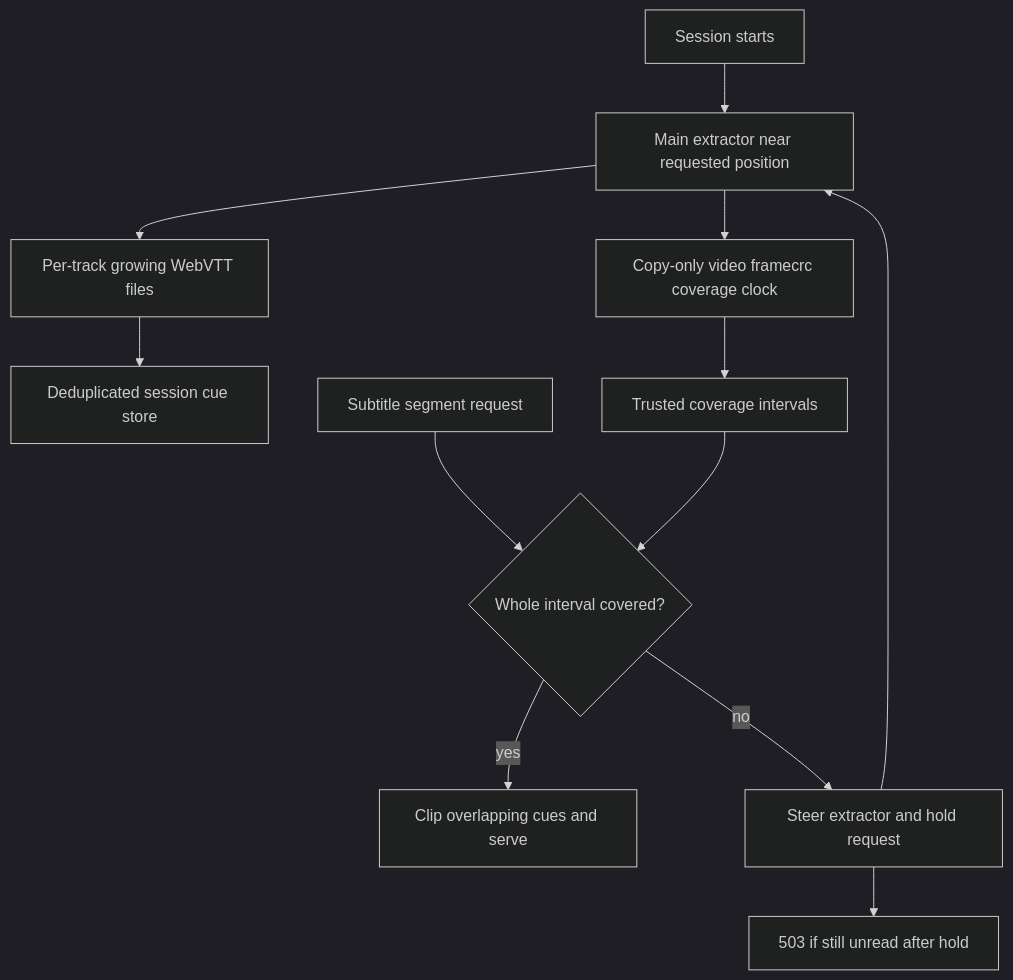
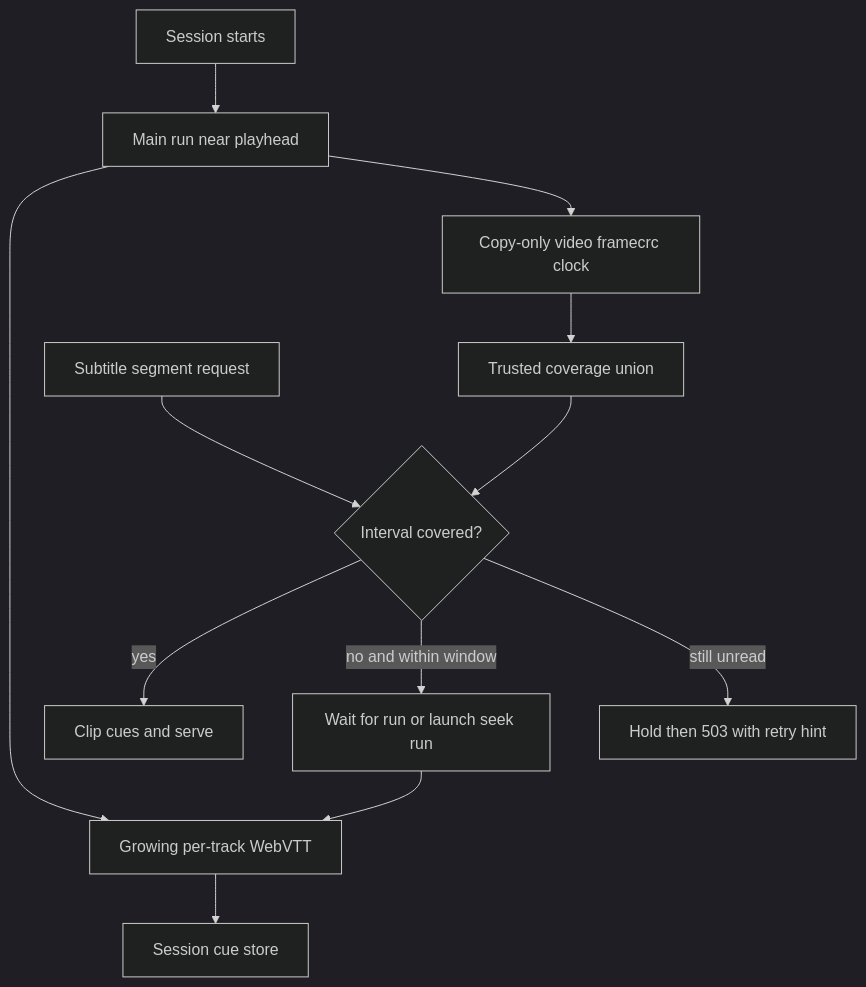
The diagram in droid-wiki/systems/playback/subtitles.md (VeroxAUS/homestream), drawn with Mermaid (dark theme) before and after one commit. The commit also changed other lines of this file and 48 other files, not shown here.

````diff
--- a/droid-wiki/systems/playback/subtitles.md
+++ b/droid-wiki/systems/playback/subtitles.md
@@ -22,14 +39,14 @@
 ```mermaid
 flowchart TD
-    Start[Session starts] --> Main[Main extractor near requested position]
-    Main --> Files[Per-track growing WebVTT files]
-    Main --> Clock[Copy-only video framecrc coverage clock]
-    Files --> Store[Deduplicated session cue store]
-    Clock --> Coverage[Trusted coverage intervals]
-    Request[Subtitle segment request] --> Check{Whole interval covered?}
+    Start[Session starts] --> Run[Main run near playhead]
+    Run --> Vtt[Growing per-track WebVTT]
+    Run --> Clock[Copy-only video framecrc clock]
+    Vtt --> Store[Session cue store]
+    Clock --> Coverage[Trusted coverage union]
+    Request[Subtitle segment request] --> Check{Interval covered?}
     Coverage --> Check
-    Check -->|yes| Render[Clip overlapping cues and serve]
-    Check -->|no| Seek[Steer extractor and hold request]
-    Seek --> Main
-    Seek --> Retry[503 if still unread after hold]
+    Check -->|yes| Render[Clip cues and serve]
+    Check -->|no and within window| Seek[Wait for run or launch seek run]
+    Seek --> Vtt
+    Check -->|still unread| Retry[Hold then 503 with retry hint]
 ```
````
